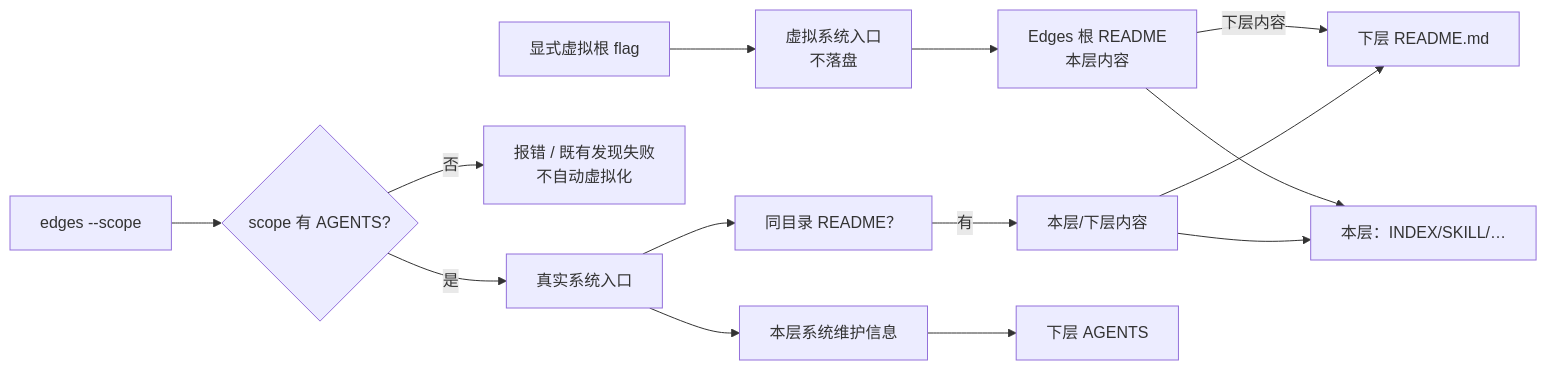
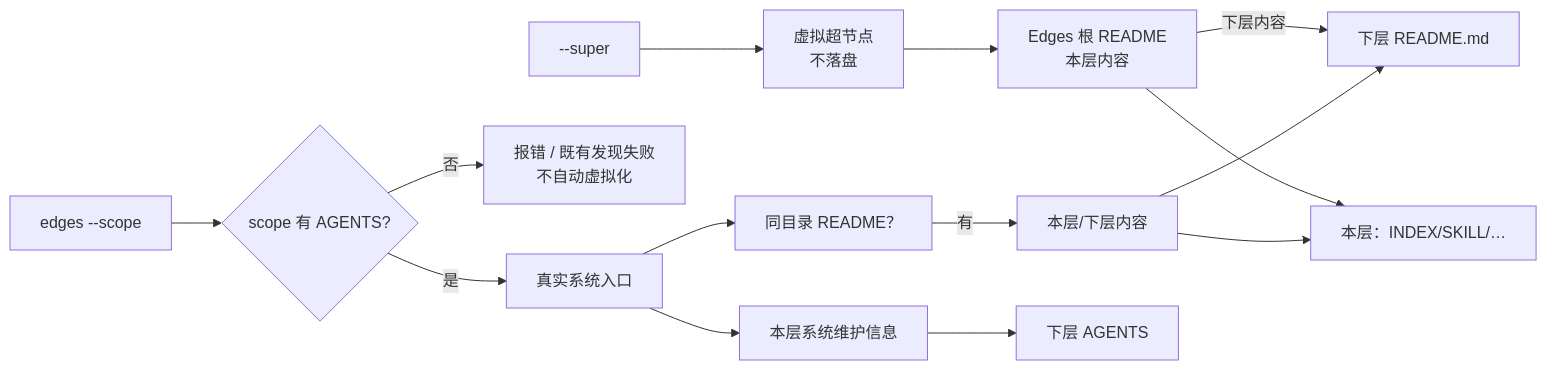
One commit to VirusPC/edges changed the fourth of 5 diagrams in docs/superpowers/specs/2026-10-06-recursive-system-two-entries-design.md. Above: the diagram before and after it, drawn with Mermaid. The commit also changed other lines of this file and 11 other files, not shown here.

First line of the commit message:
docs: 虚拟超节点与 --super 取代 virtual-root

````diff
--- a/docs/superpowers/specs/2026-10-06-recursive-system-two-entries-design.md
+++ b/docs/superpowers/specs/2026-10-06-recursive-system-two-entries-design.md
@@ -135,18 +136,18 @@
 ```mermaid
 flowchart LR
   CLI["edges --scope"] --> HasAgents{scope 有 AGENTS?}
   HasAgents -->|是| Real["真实系统入口"]
   HasAgents -->|否| Err["报错 / 既有发现失败<br/>不自动虚拟化"]
 
-  Flag["显式虚拟根 flag"] --> Virtual["虚拟系统入口<br/>不落盘"]
+  Flag["--super"] --> Virtual["虚拟超节点<br/>不落盘"]
   Virtual --> RootReadme["Edges 根 README<br/>本层内容"]
   RootReadme --> Local["本层：INDEX/SKILL/…"]
   RootReadme -->|下层内容| NestedReadme["下层 README.md"]
 
   Real --> Maint["本层系统维护信息"]
   Real --> MaybeReadme["同目录 README？"]
   MaybeReadme -->|有| Content["本层/下层内容"]
   Maint --> NextSys["下层 AGENTS"]
   Content --> NestedReadme
   Content --> Local
 ```
````
